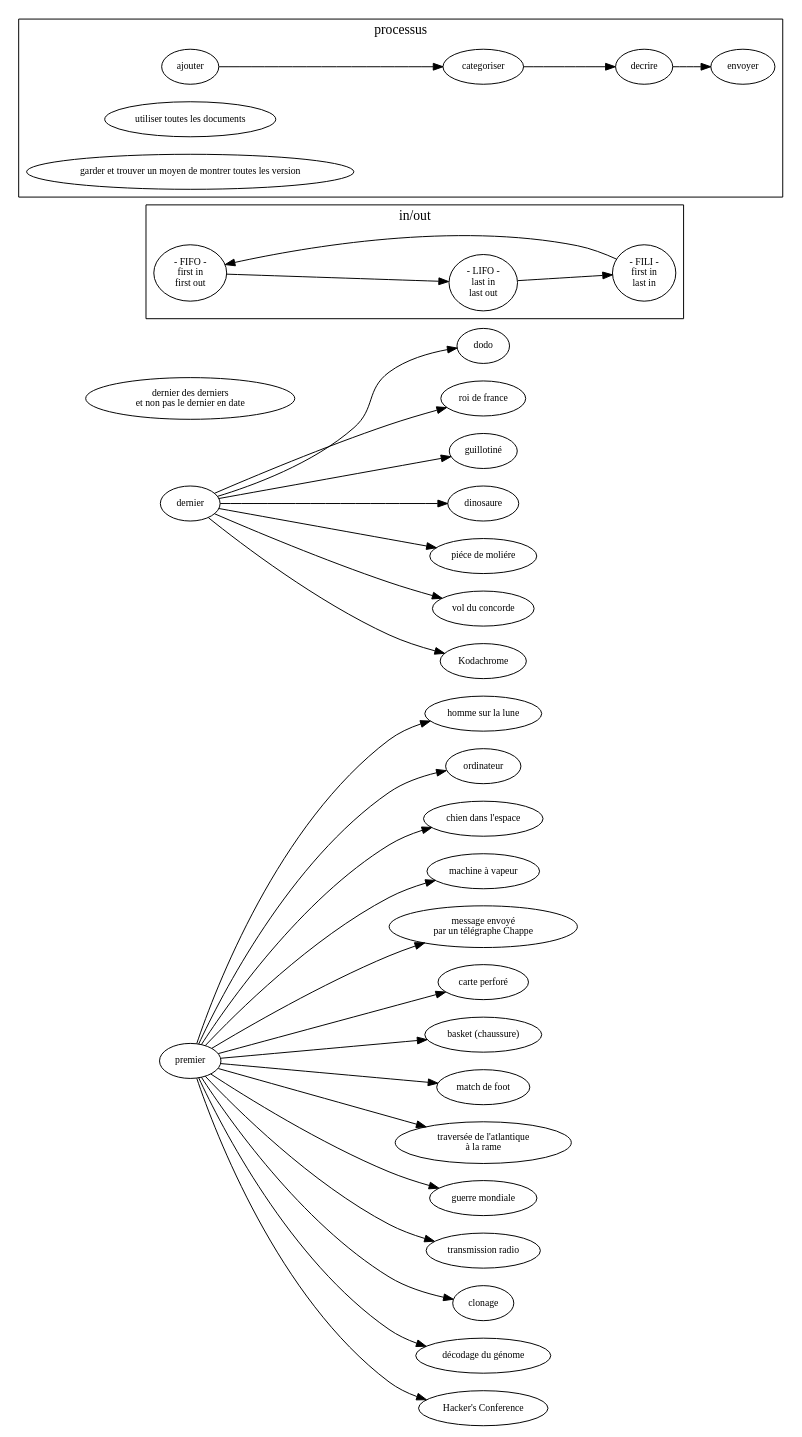
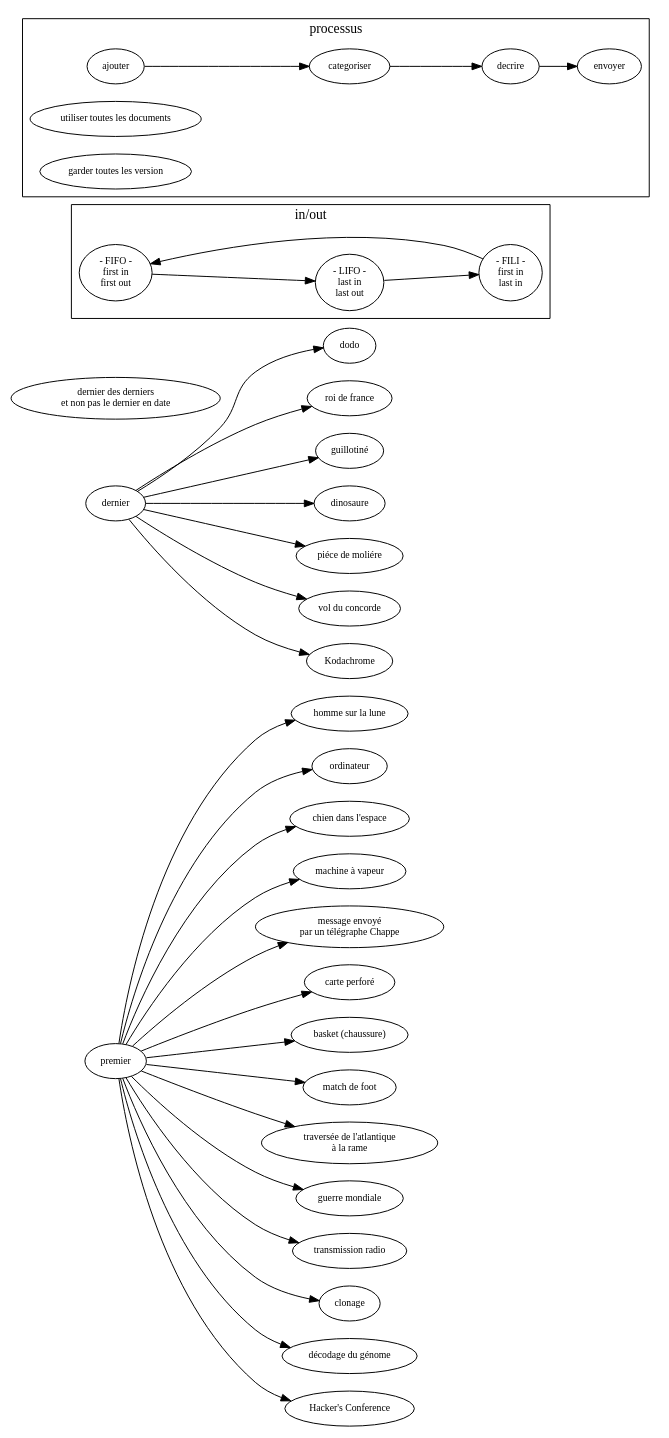
One commit to ensad-nancy/first-last changed the diagram in sujet.dot. Above: the diagram before and after it, drawn with Graphviz.

Commit message:
+		"garder toutes les version"

```diff
--- a/sujet.dot
+++ b/sujet.dot
@@ -1,67 +1,67 @@
 digraph {
 
 	layout= "dot"
 	
 
 	fontname="myriadpro"
 	fontsize = 14
 	rankdir="LR"
 	
 	
 	node [fontname="myriadpro", fontsize = 10]
 	edge [fontname="monaco", fontsize = 9]
 	
 	first [label="premier"]
 	last [label="dernier"]
 	
 	"dernier des derniers\n et non pas le dernier en date" 
 
 	first -> "homme sur la lune"
 	first -> "ordinateur"
 	first -> "chien dans l'espace"
 	first -> "machine à vapeur"
 	first -> "message envoyé\npar un télégraphe Chappe"
 	first -> "carte perforé"
 	first -> "basket (chaussure)"
 	first -> "match de foot"
 	first -> "traversée de l'atlantique\nà la rame"
 	first -> "guerre mondiale"
 	first -> "transmission radio"
 	first -> "clonage"
 	first -> "décodage du génome"
 	first -> "Hacker's Conference"
 	
 	last -> dodo
 	last -> "roi de france"
 	last -> "guillotiné"
 	last -> "dinosaure"
 	last -> "piéce de moliére"
 	last -> "vol du concorde"
 	last -> "Kodachrome"
 
 	subgraph cluster_FO{
 	
 		label="in/out"
 		
 		FIFO [label="- FIFO -\nfirst in\nfirst out"]
 		LIFO [label="- LIFO -\nlast in\nlast out"]
 		FILI [label="- FILI -\nfirst in\n last in"]
 
 		FILI -> FIFO -> LIFO -> FILI
 	}
 	
 	subgraph cluster_process {
 		
 		label="processus"
 		
 		//get [label="récolter"]
 		
 		ajouter -> categoriser -> decrire -> envoyer
 		
 		"utiliser toutes les documents"
-		"garder et trouver un moyen de montrer toutes les version"
+		"garder toutes les version"
 		
 	
 	}
 	
 }
```
